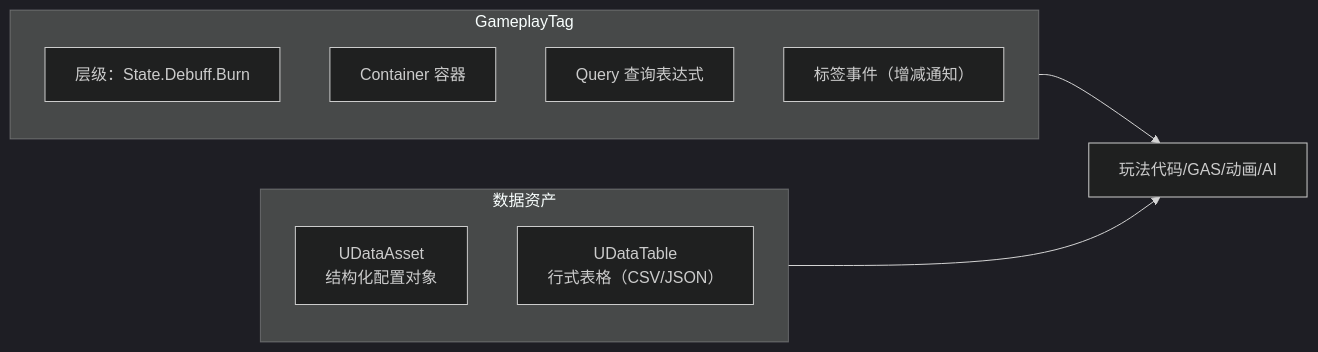
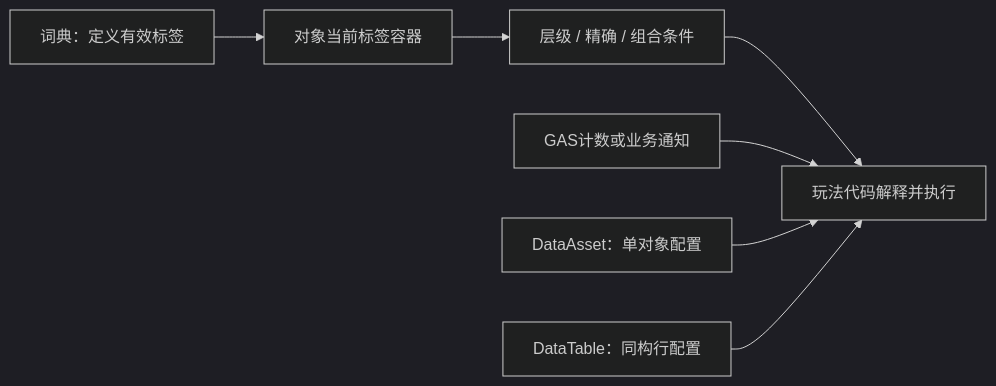
Before and after one commit to fantuan812/learning: the diagram in 知识/05-Gameplay与交互系统/玩法架构与任务协作/03-GameplayTag与数据资产.md, drawn with Mermaid (dark theme). The commit also changed other lines of this file and 1 other file, not shown here.

````diff
--- a/知识/05-Gameplay与交互系统/玩法架构与任务协作/03-GameplayTag与数据资产.md
+++ b/知识/05-Gameplay与交互系统/玩法架构与任务协作/03-GameplayTag与数据资产.md
@@ -25,16 +57,9 @@
 ```mermaid
 flowchart LR
-    subgraph TagSys["GameplayTag"]
-        HIER["层级：State.Debuff.Burn"]
-        CONT["Container 容器"]
-        QUERY["Query 查询表达式"]
-        EVT["标签事件（增减通知）"]
-    end
-    subgraph DataSys["数据资产"]
-        DA["UDataAsset<br/>结构化配置对象"]
-        DT["UDataTable<br/>行式表格（CSV/JSON）"]
-    end
-    GAME["玩法代码/GAS/动画/AI"]
-    TagSys --> GAME
-    DataSys --> GAME
+    DICT["词典：定义有效标签"] --> CONT["对象当前标签容器"]
+    CONT --> QUERY["层级 / 精确 / 组合条件"]
+    QUERY --> GAME["玩法代码解释并执行"]
+    COUNTS["GAS计数或业务通知"] --> GAME
+    DA["DataAsset：单对象配置"] --> GAME
+    DT["DataTable：同构行配置"] --> GAME
 ```
````
